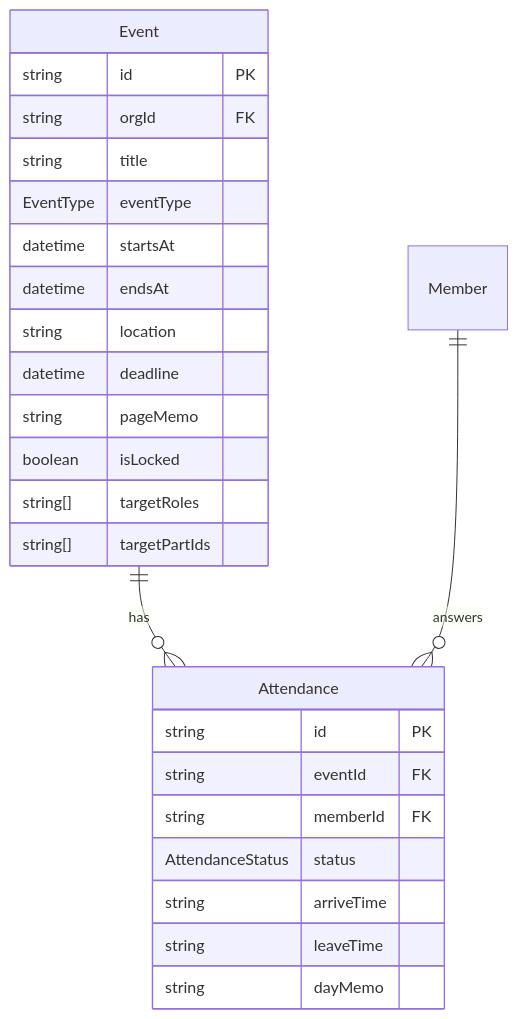
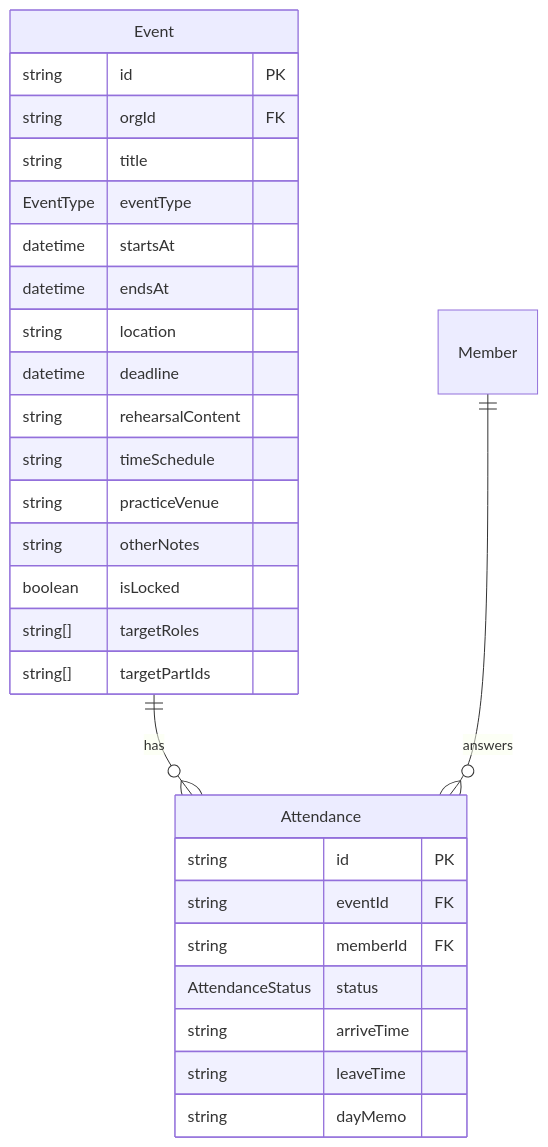
The third of 7 diagrams in docs/database.md (Genki1019/choirhub), drawn with Mermaid before and after one commit. The commit also changed other lines of this file and 24 other files, not shown here.

````diff
--- a/docs/database.md
+++ b/docs/database.md
@@ -136,29 +136,32 @@
 ```mermaid
 erDiagram
     Event {
         string    id PK
         string    orgId FK
         string    title
         EventType eventType
         datetime  startsAt
         datetime  endsAt
         string    location
         datetime  deadline
-        string    pageMemo
+        string    rehearsalContent
+        string    timeSchedule
+        string    practiceVenue
+        string    otherNotes
         boolean   isLocked
         string[]  targetRoles
         string[]  targetPartIds
     }
     Attendance {
         string           id PK
         string           eventId FK
         string           memberId FK
         AttendanceStatus status
         string           arriveTime
         string           leaveTime
         string           dayMemo
     }
 
     Event  ||--o{ Attendance : "has"
     Member ||--o{ Attendance : "answers"
 ```
````
